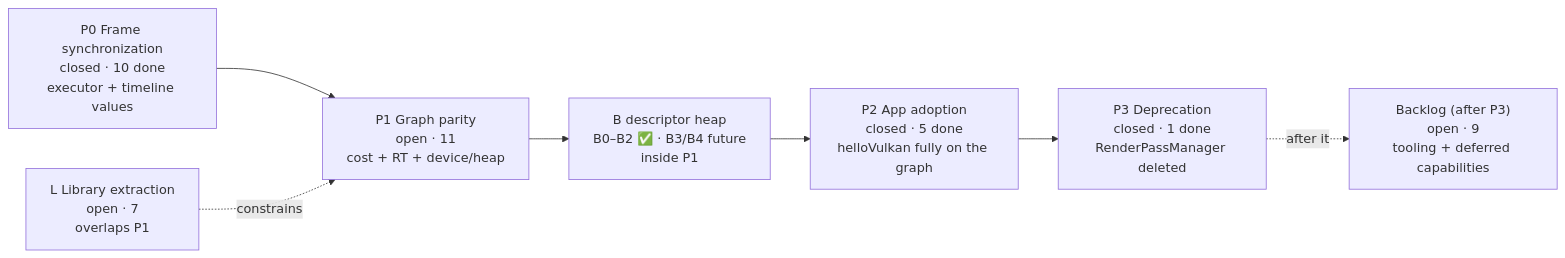
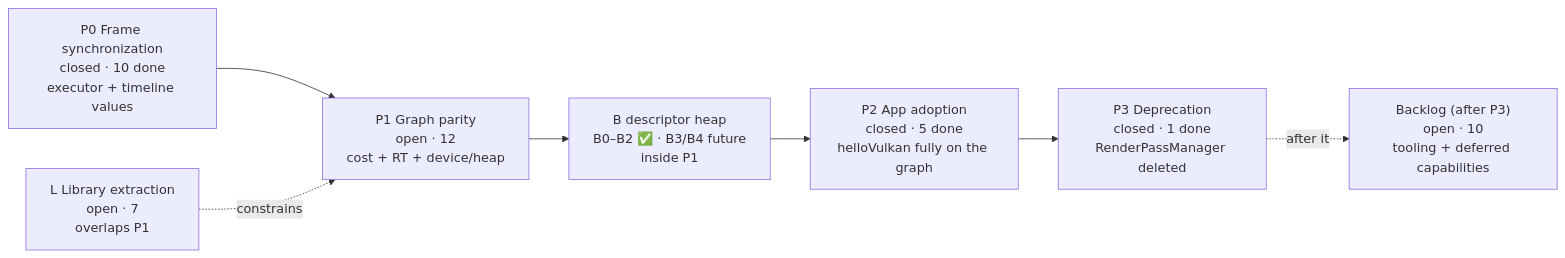
One commit to v3c70r/Muyo changed the first of 2 diagrams in docs/Roadmap-Visual.md. Above: the diagram before and after it, drawn with Mermaid. The commit also changed other lines of this file and 4 other files, not shown here.

````diff
--- a/docs/Roadmap-Visual.md
+++ b/docs/Roadmap-Visual.md
@@ -22,13 +22,13 @@
 ```mermaid
 flowchart LR
     P0["P0 Frame synchronization<br/>closed · 10 done<br/>executor + timeline values"]
-    P1["P1 Graph parity<br/>open · 11<br/>cost + RT + device/heap"]
+    P1["P1 Graph parity<br/>open · 12<br/>cost + RT + device/heap"]
     B["B descriptor heap<br/>B0–B2 ✅ · B3/B4 future<br/>inside P1"]
     P2["P2 App adoption<br/>closed · 5 done<br/>helloVulkan fully on the graph"]
     P3["P3 Deprecation<br/>closed · 1 done<br/>RenderPassManager deleted"]
     L["L Library extraction<br/>open · 7<br/>overlaps P1"]
-    BL["Backlog (after P3)<br/>open · 9<br/>tooling + deferred capabilities"]
+    BL["Backlog (after P3)<br/>open · 10<br/>tooling + deferred capabilities"]
     P0 --> P1 --> B --> P2 --> P3
     L -. constrains .-> P1
     P3 -. after it .-> BL
 ```
````
